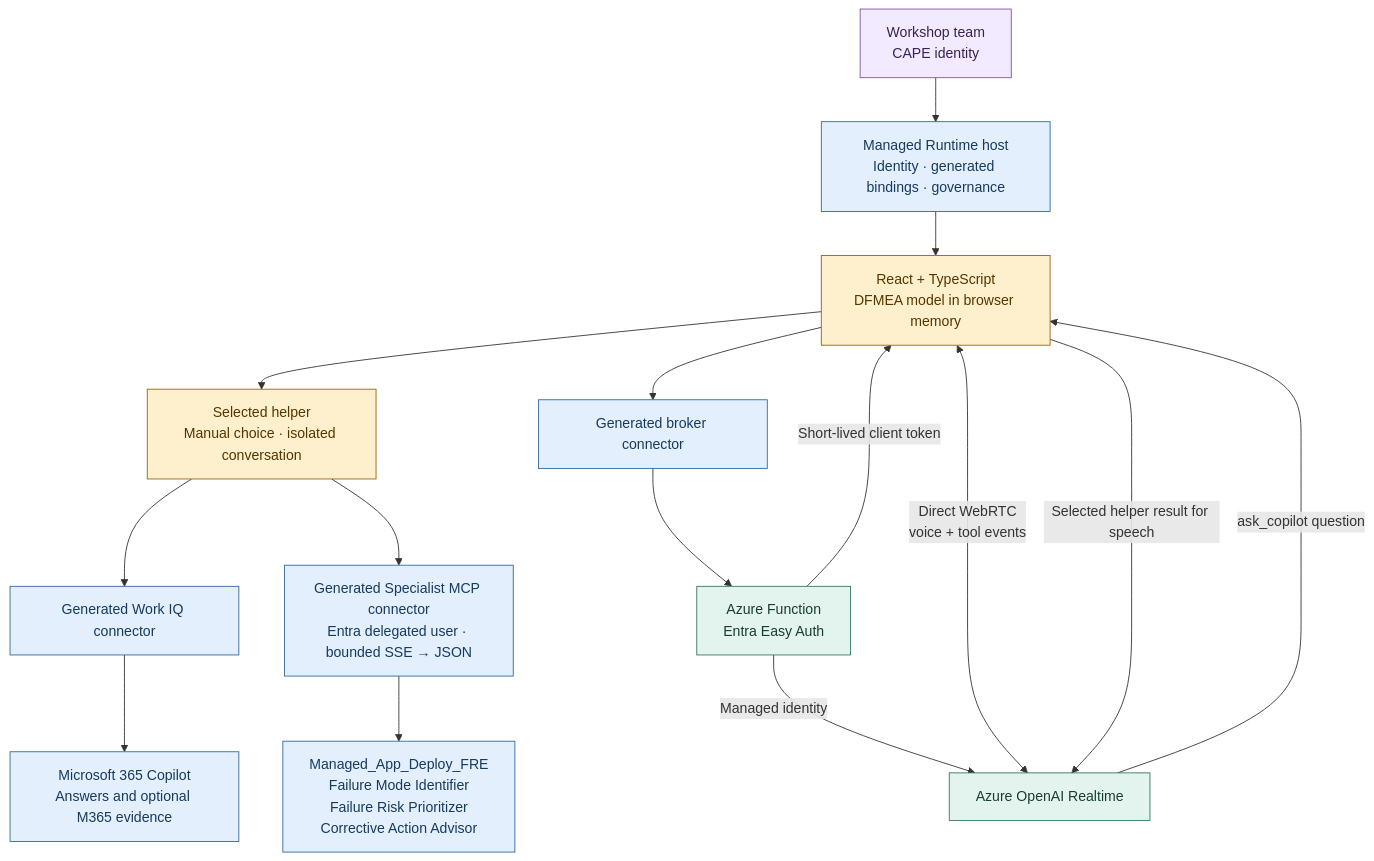
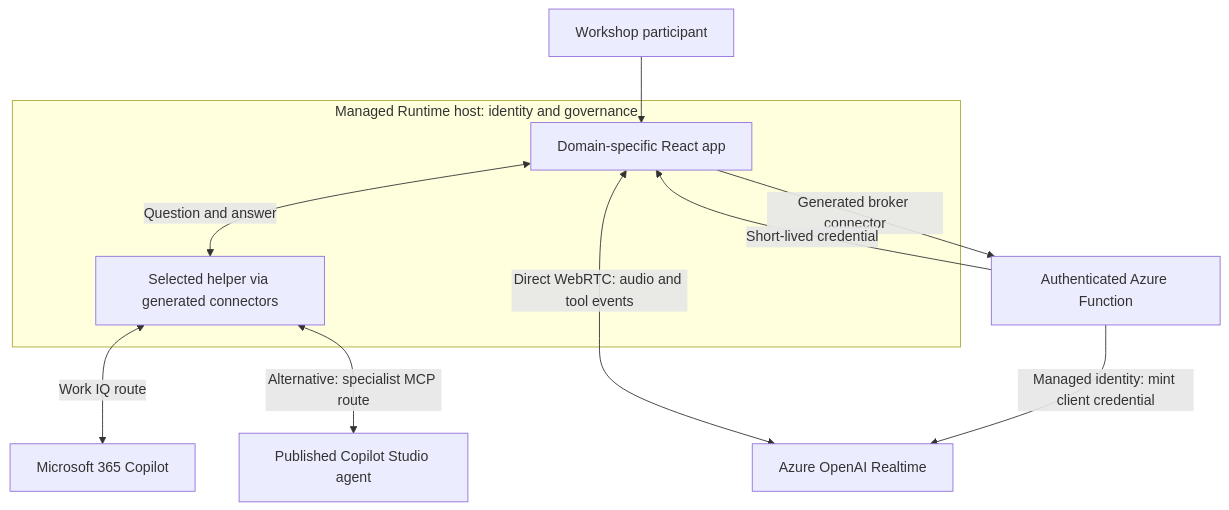
One commit to Roelzz/code_app_voice changed the first of 2 diagrams in README.md. Above: the diagram before and after it, drawn with Mermaid. The commit also changed other lines of this file and 3 other files, not shown here.

````diff
--- a/README.md
+++ b/README.md
@@ -67,25 +33,15 @@
 ```mermaid
 flowchart TB
-    Team["Workshop team<br/>CAPE identity"] --> Host["Managed Runtime host<br/>Identity · generated bindings · governance"]
-    Host --> App["React + TypeScript<br/>DFMEA model in browser memory"]
-    App --> Select["Selected helper<br/>Manual choice · isolated conversation"]
-    Select --> IQ["Generated Work IQ connector"]
-    IQ --> Copilot["Microsoft 365 Copilot<br/>Answers and optional M365 evidence"]
-    Select --> Studio["Generated Specialist MCP connector<br/>Entra delegated user · bounded SSE → JSON"]
-    Studio --> Specialists["Managed_App_Deploy_FRE<br/>Failure Mode Identifier<br/>Failure Risk Prioritizer<br/>Corrective Action Advisor"]
-    App --> BrokerConn["Generated broker connector"]
-    BrokerConn --> Broker["Azure Function<br/>Entra Easy Auth"]
-    Broker -->|"Managed identity"| Azure["Azure OpenAI Realtime"]
-    Broker -->|"Short-lived client token"| App
-    App <-->|"Direct WebRTC<br/>voice + tool events"| Azure
-    Azure -->|"ask_copilot question"| App
-    App -->|"Selected helper result for speech"| Azure
-    classDef person fill:#F2EAFE,stroke:#7854A3,color:#38234F
-    classDef app fill:#FFF0CD,stroke:#94620D,color:#553600
-    classDef m365 fill:#E3EFFC,stroke:#31669C,color:#173A5D
-    classDef azure fill:#E3F4EE,stroke:#32765A,color:#193D30
-    class Team person
-    class App,Select app
-    class Host,IQ,Copilot,BrokerConn,Studio,Specialists m365
-    class Broker,Azure azure
+    Person["Workshop participant"] --> App
+    subgraph Host["Managed Runtime host: identity and governance"]
+        App["Domain-specific React app"]
+        Route["Selected helper via generated connectors"]
+        App <-->|"Question and answer"| Route
+    end
+    Route <-->|"Work IQ route"| Copilot["Microsoft 365 Copilot"]
+    Route <-->|"Alternative: specialist MCP route"| Studio["Published Copilot Studio agent"]
+    App -->|"Generated broker connector"| Broker["Authenticated Azure Function"]
+    Broker -->|"Managed identity: mint client credential"| Realtime["Azure OpenAI Realtime"]
+    Broker -->|"Short-lived credential"| App
+    App <-->|"Direct WebRTC: audio and tool events"| Realtime
 ```
````
